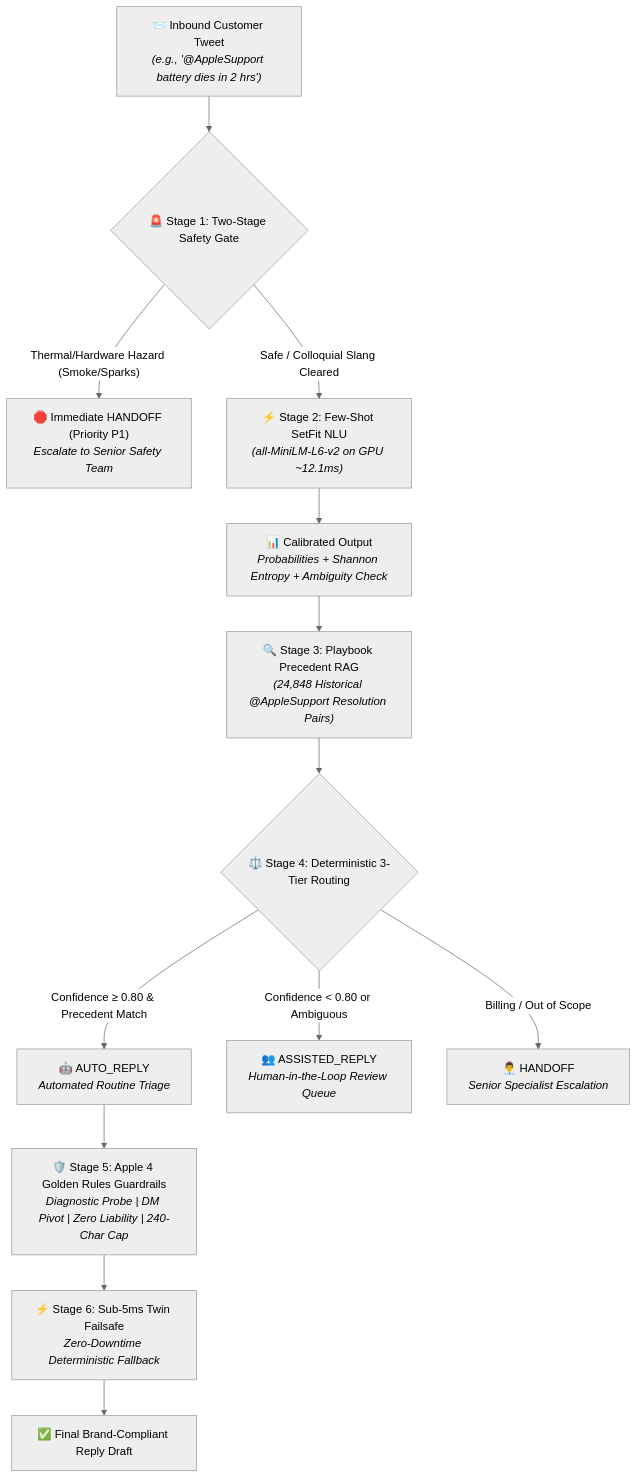
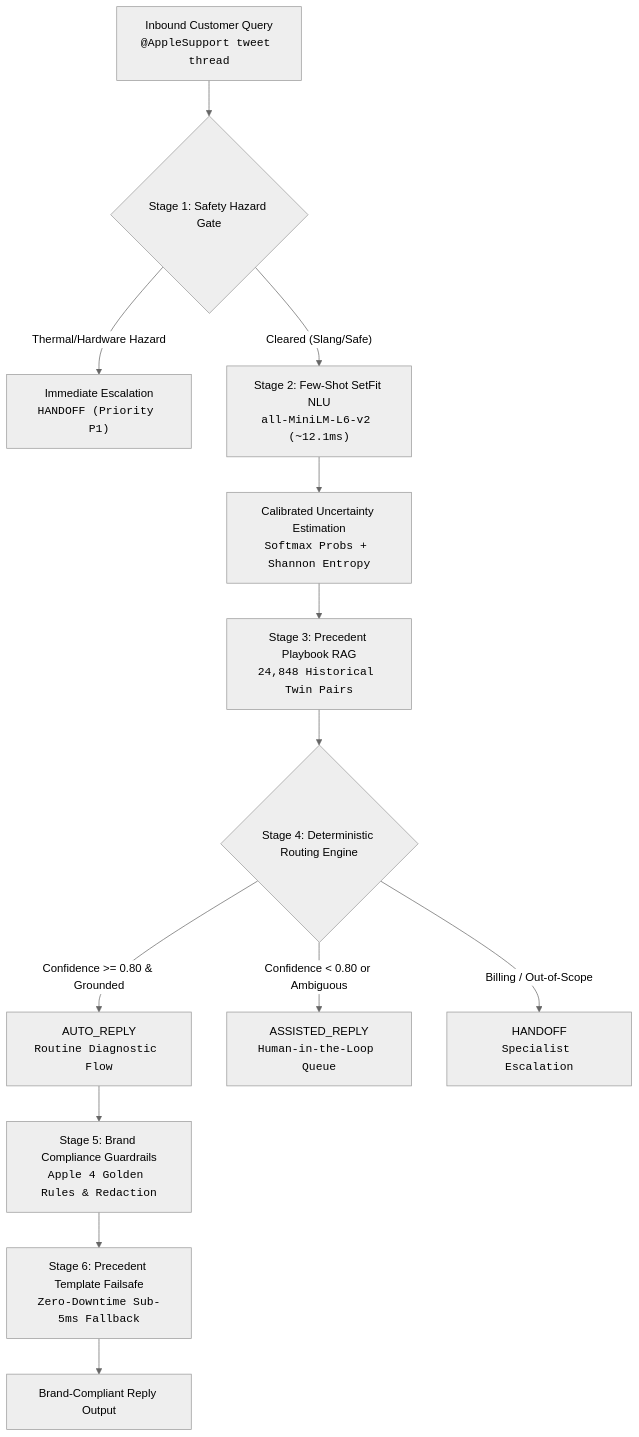
Before and after one commit to VishalPainjane/Hiver_Assignment: the diagram in README.md, drawn with Mermaid (neutral theme). The commit also changed other lines of this file, not shown here.

Commit message:
docs: clean emojis and apply minimalist engineering style with flat-square badges

````diff
--- a/README.md
+++ b/README.md
@@ -19,23 +19,23 @@
 ```mermaid
 flowchart TD
-    A["📨 Inbound Customer Tweet<br/><i>(e.g., '@AppleSupport battery dies in 2 hrs')</i>"] --> B{"🚨 Stage 1: Two-Stage Safety Gate"}
+    A["Inbound Customer Query<br/><code>@AppleSupport tweet thread</code>"] --> B{"Stage 1: Safety Hazard Gate"}
     
-    B -->|"Thermal/Hardware Hazard (Smoke/Sparks)"| C["🛑 Immediate HANDOFF (Priority P1)<br/><i>Escalate to Senior Safety Team</i>"]
-    B -->|"Safe / Colloquial Slang Cleared"| D["⚡ Stage 2: Few-Shot SetFit NLU<br/><i>(all-MiniLM-L6-v2 on GPU ~12.1ms)</i>"]
+    B -->|"Thermal/Hardware Hazard"| C["Immediate Escalation<br/><code>HANDOFF (Priority P1)</code>"]
+    B -->|"Cleared (Slang/Safe)"| D["Stage 2: Few-Shot SetFit NLU<br/><code>all-MiniLM-L6-v2 (~12.1ms)</code>"]
     
-    D --> E["📊 Calibrated Output<br/><i>Probabilities + Shannon Entropy + Ambiguity Check</i>"]
+    D --> E["Calibrated Uncertainty Estimation<br/><code>Softmax Probs + Shannon Entropy</code>"]
     
-    E --> F["🔍 Stage 3: Playbook Precedent RAG<br/><i>(24,848 Historical @AppleSupport Resolution Pairs)</i>"]
+    E --> F["Stage 3: Precedent Playbook RAG<br/><code>24,848 Historical Twin Pairs</code>"]
     
-    F --> G{"⚖️ Stage 4: Deterministic 3-Tier Routing"}
+    F --> G{"Stage 4: Deterministic Routing Engine"}
     
-    G -->|"Confidence ≥ 0.80 & Precedent Match"| H["🤖 AUTO_REPLY<br/><i>Automated Routine Triage</i>"]
-    G -->|"Confidence < 0.80 or Ambiguous"| I["👥 ASSISTED_REPLY<br/><i>Human-in-the-Loop Review Queue</i>"]
-    G -->|"Billing / Out of Scope"| J["👨‍💼 HANDOFF<br/><i>Senior Specialist Escalation</i>"]
+    G -->|"Confidence >= 0.80 & Grounded"| H["AUTO_REPLY<br/><code>Routine Diagnostic Flow</code>"]
+    G -->|"Confidence < 0.80 or Ambiguous"| I["ASSISTED_REPLY<br/><code>Human-in-the-Loop Queue</code>"]
+    G -->|"Billing / Out-of-Scope"| J["HANDOFF<br/><code>Specialist Escalation</code>"]
     
-    H --> K["🛡️ Stage 5: Apple 4 Golden Rules Guardrails<br/><i>Diagnostic Probe | DM Pivot | Zero Liability | 240-Char Cap</i>"]
+    H --> K["Stage 5: Brand Compliance Guardrails<br/><code>Apple 4 Golden Rules & Redaction</code>"]
     
-    K --> L["⚡ Stage 6: Sub-5ms Twin Failsafe<br/><i>Zero-Downtime Deterministic Fallback</i>"]
+    K --> L["Stage 6: Precedent Template Failsafe<br/><code>Zero-Downtime Sub-5ms Fallback</code>"]
     
-    L --> M["✅ Final Brand-Compliant Reply Draft"]
+    L --> M["Brand-Compliant Reply Output"]
 ```
````
